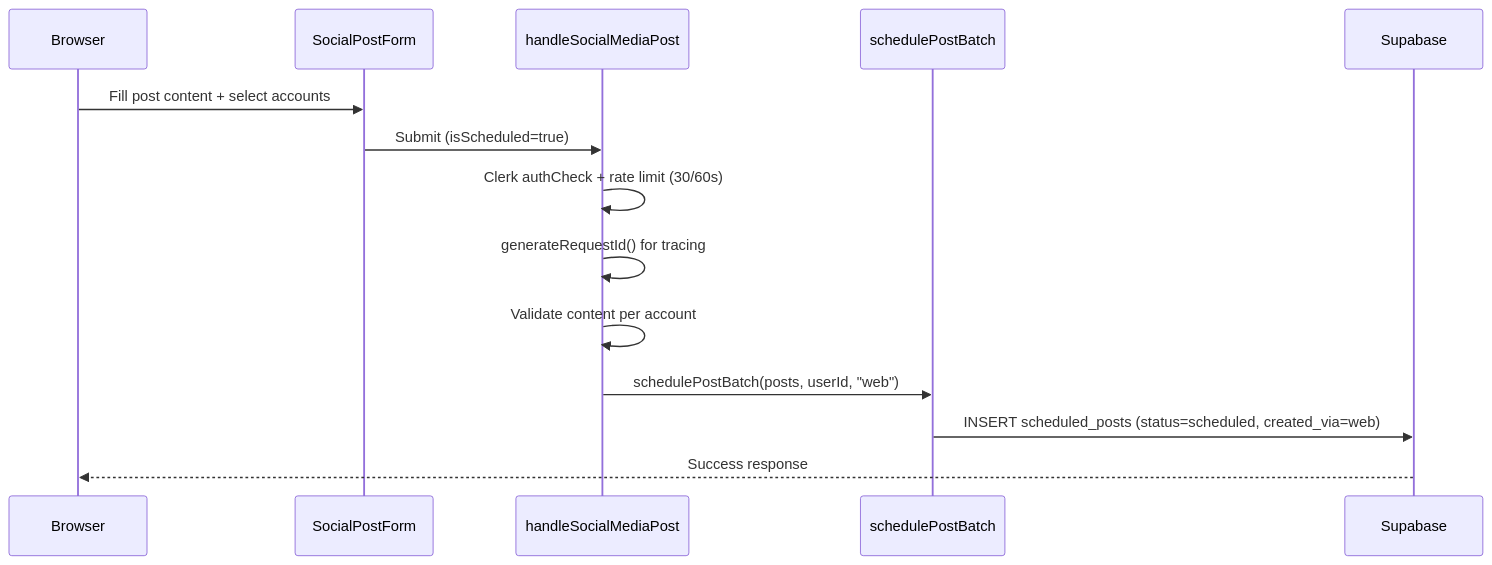
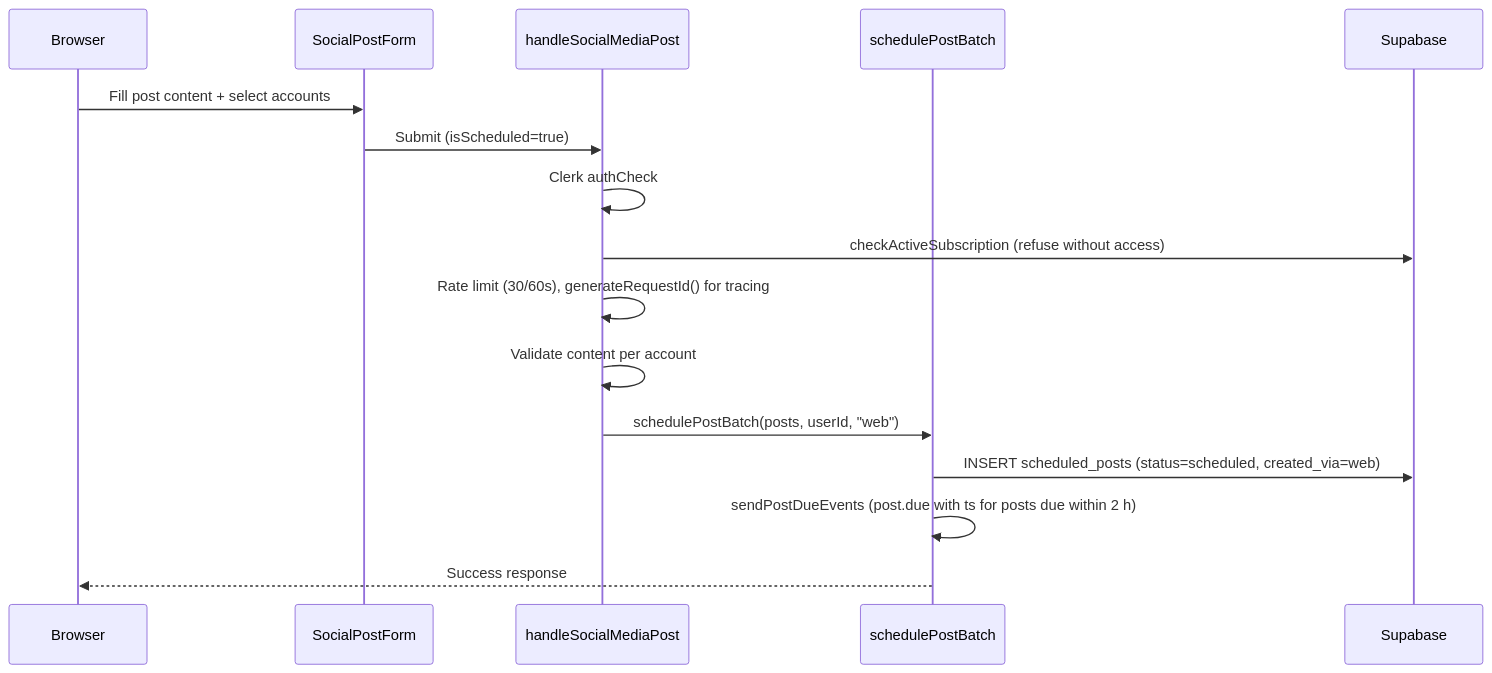
One commit to Andy00L/sharetopus changed the second of 8 diagrams in docs/ARCHITECTURE.md. Above: the diagram before and after it, drawn with Mermaid. The commit also changed other lines of this file and 15 other files, not shown here.

````diff
--- a/docs/ARCHITECTURE.md
+++ b/docs/ARCHITECTURE.md
@@ -304,17 +256,19 @@
 ```mermaid
 sequenceDiagram
     participant User as Browser
     participant Form as SocialPostForm
     participant Handler as handleSocialMediaPost
     participant Batch as schedulePostBatch
     participant DB as Supabase
 
     User->>Form: Fill post content + select accounts
     Form->>Handler: Submit (isScheduled=true)
-    Handler->>Handler: Clerk authCheck + rate limit (30/60s)
-    Handler->>Handler: generateRequestId() for tracing
+    Handler->>Handler: Clerk authCheck
+    Handler->>DB: checkActiveSubscription (refuse without access)
+    Handler->>Handler: Rate limit (30/60s), generateRequestId() for tracing
     Handler->>Handler: Validate content per account
     Handler->>Batch: schedulePostBatch(posts, userId, "web")
     Batch->>DB: INSERT scheduled_posts (status=scheduled, created_via=web)
-    DB-->>User: Success response
+    Batch->>Batch: sendPostDueEvents (post.due with ts for posts due within 2 h)
+    Batch-->>User: Success response
 ```
````
